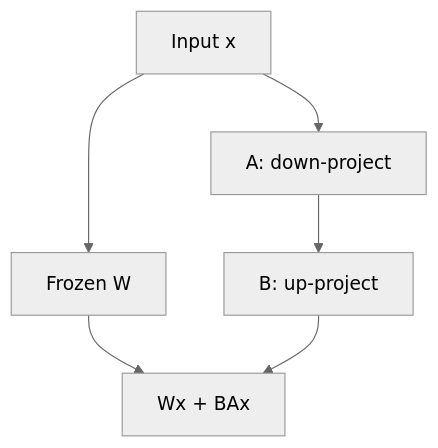
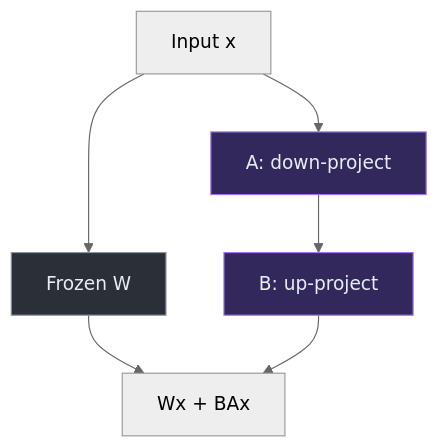
One commit to danilop/micro-gpt-and-beyond changed the diagram in walk-the-code/diagrams/lora_adapter.mmd. Above: the diagram before and after it, drawn with Mermaid (neutral theme). The commit also changed 59 other files, not shown here.

```diff
--- a/walk-the-code/diagrams/lora_adapter.mmd
+++ b/walk-the-code/diagrams/lora_adapter.mmd
@@ -1,6 +1,11 @@
+%% palette: frozen = weights that never update, learn = the only trained tensors
 graph TD
     x[Input x] --> base[Frozen W]
     x --> down[A: down-project]
     down --> up[B: up-project]
     base --> add[Wx + BAx]
     up --> add
+    classDef frozen fill:#2a2f38,stroke:#8b949e,color:#e6edf3
+    classDef learn fill:#33285c,stroke:#a371f7,color:#e6edf3
+    class base frozen
+    class down,up learn
```
